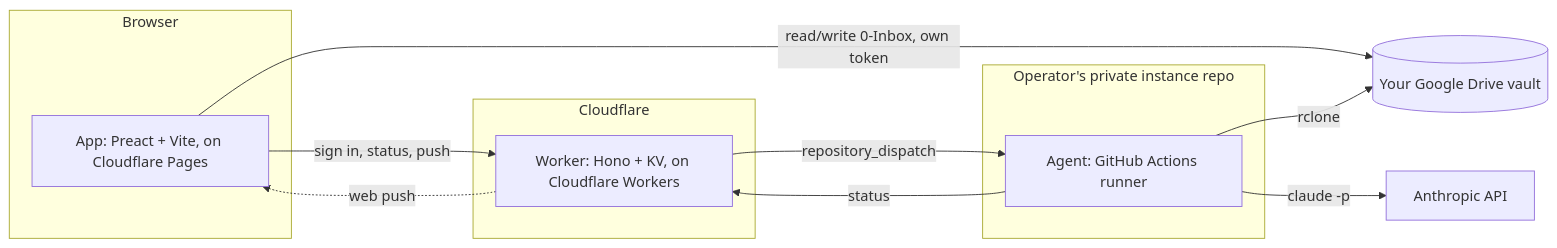
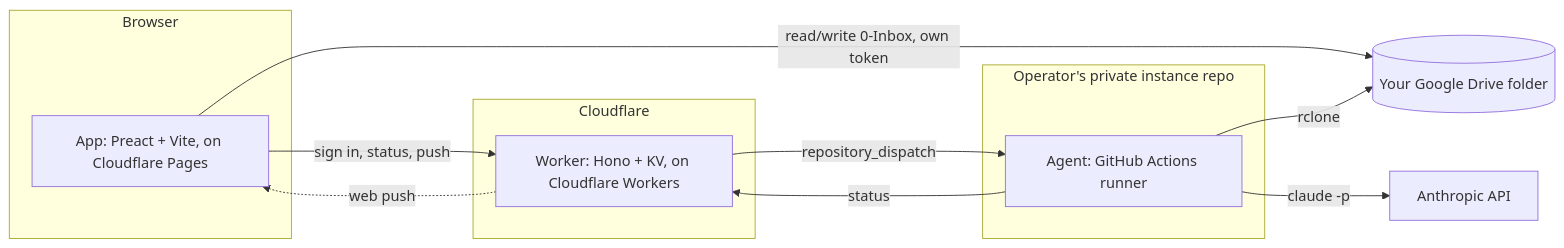
One commit to deluispablo/bower changed the first of 2 diagrams in README.md. Above: the diagram before and after it, drawn with Mermaid. The commit also changed other lines of this file and 39 other files, not shown here.

````diff
--- a/README.md
+++ b/README.md
@@ -38,22 +63,22 @@
 ```mermaid
 flowchart LR
     subgraph Browser
         App["App: Preact + Vite, on Cloudflare Pages"]
     end
     subgraph Cloudflare
         Worker["Worker: Hono + KV, on Cloudflare Workers"]
     end
     subgraph "Operator's private instance repo"
         Runner["Agent: GitHub Actions runner"]
     end
-    Drive[("Your Google Drive vault")]
+    Drive[("Your Google Drive folder")]
     Anthropic["Anthropic API"]
 
     App -- "sign in, status, push" --> Worker
     App -- "read/write 0-Inbox, own token" --> Drive
     Worker -- "repository_dispatch" --> Runner
     Runner -- "rclone" --> Drive
     Runner -- "claude -p" --> Anthropic
     Runner -- "status" --> Worker
     Worker -. "web push" .-> App
 ```
````
